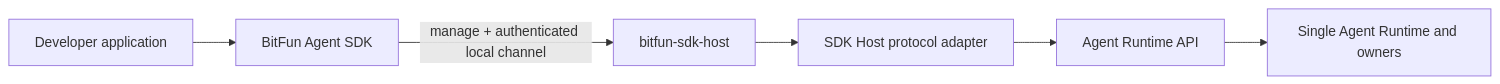
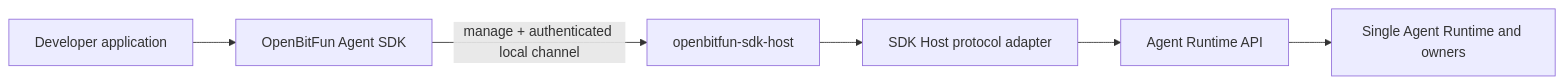
The fifth of 11 diagrams in docs/architecture/agent-sdk-product-architecture.md (1688mengdie/BitFun), drawn with Mermaid before and after one commit. The commit also changed other lines of this file and 4651 other files, not shown here.

Commit message:
refactor!: rename BitFun to OpenBitFun (#2795)

````diff
--- a/docs/architecture/agent-sdk-product-architecture.md
+++ b/docs/architecture/agent-sdk-product-architecture.md
@@ -231,8 +231,8 @@
 ```mermaid
 flowchart LR
-  App["Developer application"] --> SDK["BitFun Agent SDK"]
-  SDK -->|"manage + authenticated local channel"| Host["bitfun-sdk-host"]
+  App["Developer application"] --> SDK["OpenBitFun Agent SDK"]
+  SDK -->|"manage + authenticated local channel"| Host["openbitfun-sdk-host"]
   Host --> SDKAdapter["SDK Host protocol adapter"]
   SDKAdapter --> API["Agent Runtime API"]
   API --> Runtime["Single Agent Runtime and owners"]
 ```
````
